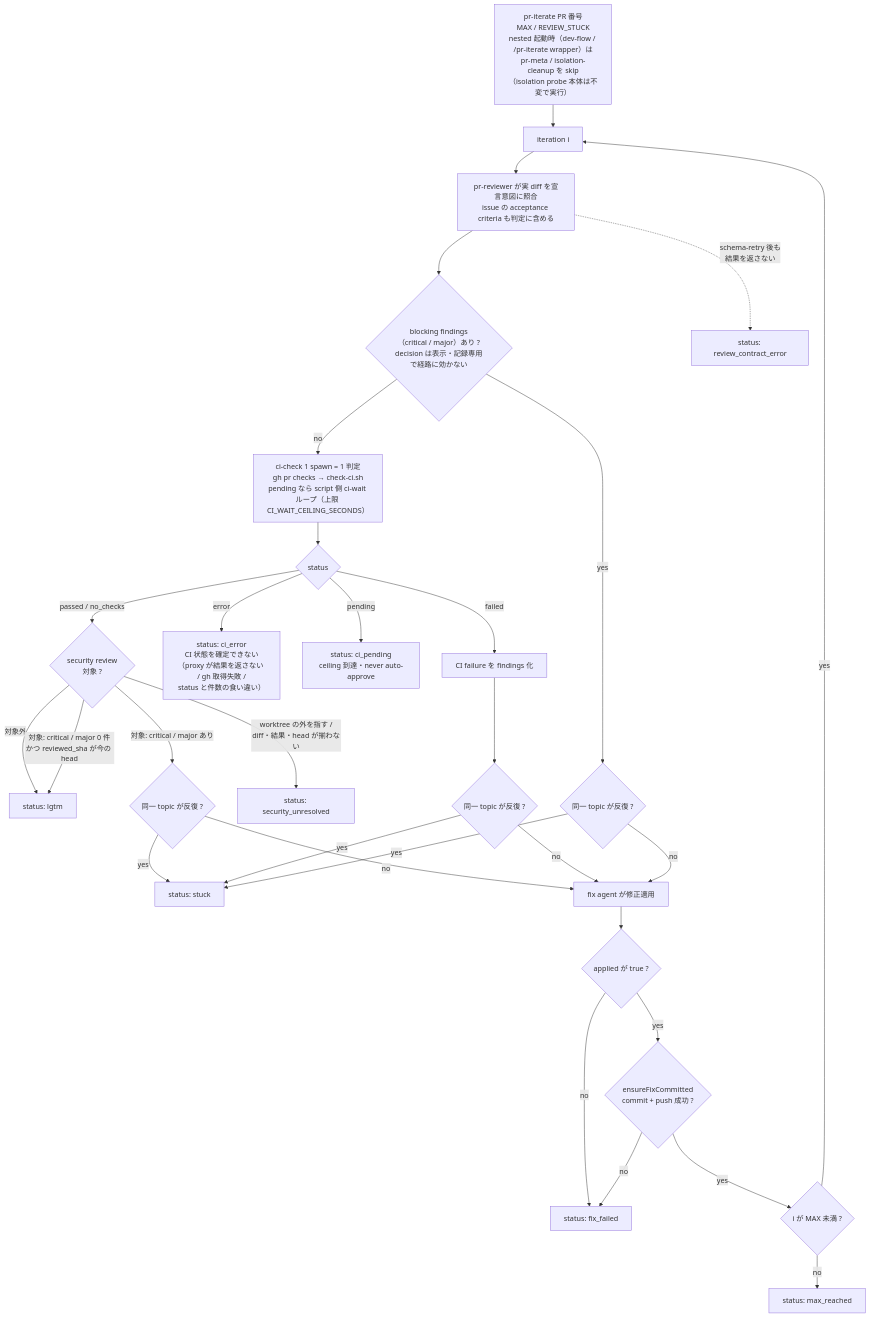
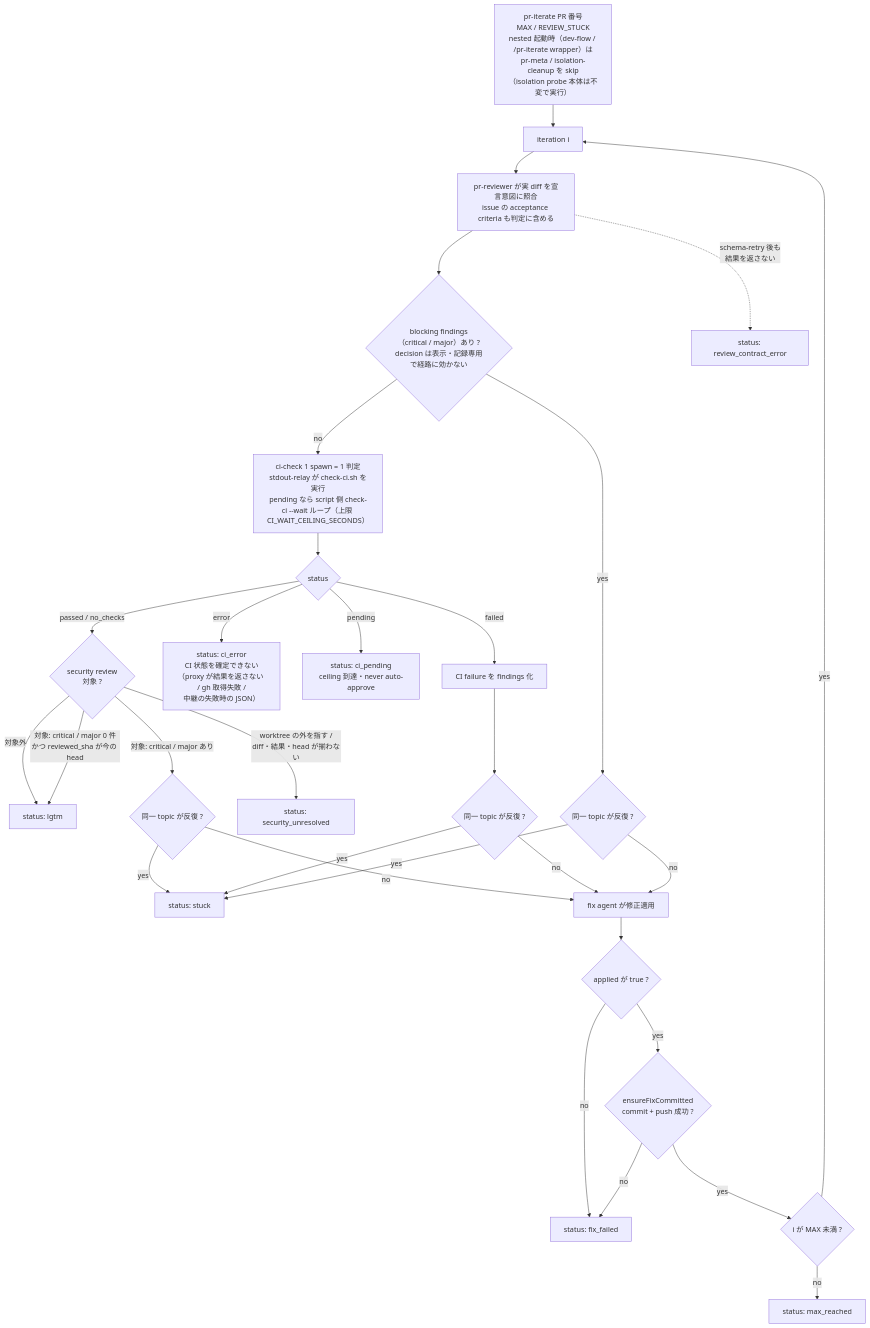
Diagram 12 of 13 in docs/dev-flow-atlas.md (it-all-playpark/claude-plugins), drawn with Mermaid before and after one commit. The commit also changed other lines of this file and 34 other files, not shown here.

First line of the commit message:
fix(dev-flow): CI 判定の中継を hook で実 stdout に縛った専用 agent stdout-relay に移し、ciEffectiveStatus の件数照合を撤去する (#1320)

````diff
--- a/docs/dev-flow-atlas.md
+++ b/docs/dev-flow-atlas.md
@@ -355,36 +355,36 @@
 ```mermaid
 flowchart TD
     IN["pr-iterate PR 番号<br/>MAX / REVIEW_STUCK<br/>nested 起動時（dev-flow / /pr-iterate wrapper）は<br/>pr-meta / isolation-cleanup を skip<br/>（isolation probe 本体は不変で実行）"] --> LOOP["iteration i"]
     LOOP --> REV["pr-reviewer が実 diff を宣言意図に照合<br/>issue の acceptance criteria も判定に含める"]
     REV --> BL{"blocking findings<br/>（critical / major）あり ?<br/>decision は表示・記録専用で経路に効かない"}
     REV -.->|"schema-retry 後も<br/>結果を返さない"| RCE["status: review_contract_error"]
 
     CI --> CS{"status"}
     CS -->|"passed / no_checks"| SEC{"security review<br/>対象 ?"}
     SEC -->|"対象外"| LGTM["status: lgtm"]
     SEC -->|"対象: critical / major 0 件<br/>かつ reviewed_sha が今の head"| LGTM
     SEC -->|"対象: critical / major あり"| STK3{"同一 topic が反復 ?"}
     STK3 -->|yes| STUCK
     STK3 -->|no| FIX
     SEC -->|"worktree の外を指す /<br/>diff・結果・head が揃わない"| SECU["status: security_unresolved"]
-    CS -->|error| ERR["status: ci_error<br/>CI 状態を確定できない<br/>（proxy が結果を返さない / gh 取得失敗 /<br/>status と件数の食い違い）"]
+    CS -->|error| ERR["status: ci_error<br/>CI 状態を確定できない<br/>（proxy が結果を返さない / gh 取得失敗 /<br/>中継の失敗時の JSON）"]
     CS -->|pending| PEND["status: ci_pending<br/>ceiling 到達・never auto-approve"]
     CS -->|failed| CIF["CI failure を findings 化"]
 
     CIF --> STK1{"同一 topic が反復 ?"}
     STK1 -->|yes| STUCK["status: stuck"]
     STK1 -->|no| FIX
 
-    BL -->|no| CI["ci-check 1 spawn = 1 判定<br/>gh pr checks → check-ci.sh<br/>pending なら script 側 ci-wait ループ（上限 CI_WAIT_CEILING_SECONDS）"]
+    BL -->|no| CI["ci-check 1 spawn = 1 判定<br/>stdout-relay が check-ci.sh を実行<br/>pending なら script 側 check-ci --wait ループ（上限 CI_WAIT_CEILING_SECONDS）"]
     BL -->|yes| STK2{"同一 topic が反復 ?"}
     STK2 -->|yes| STUCK
     STK2 -->|no| FIX["fix agent が修正適用"]
 
     FIX --> AP{"applied が true ?"}
     AP -->|no| FF["status: fix_failed"]
     AP -->|yes| CM{"ensureFixCommitted<br/>commit + push 成功 ?"}
     CM -->|no| FF
     CM -->|yes| NEXT{"i が MAX 未満 ?"}
     NEXT -->|yes| LOOP
     NEXT -->|no| MAXR["status: max_reached"]
 ```
````
